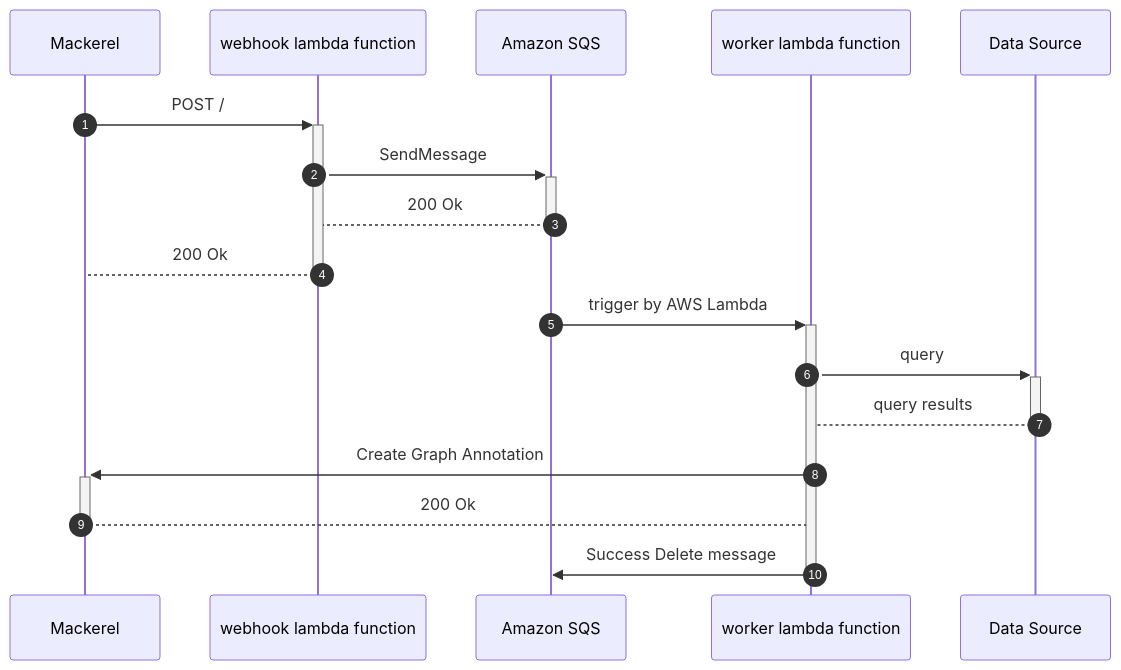
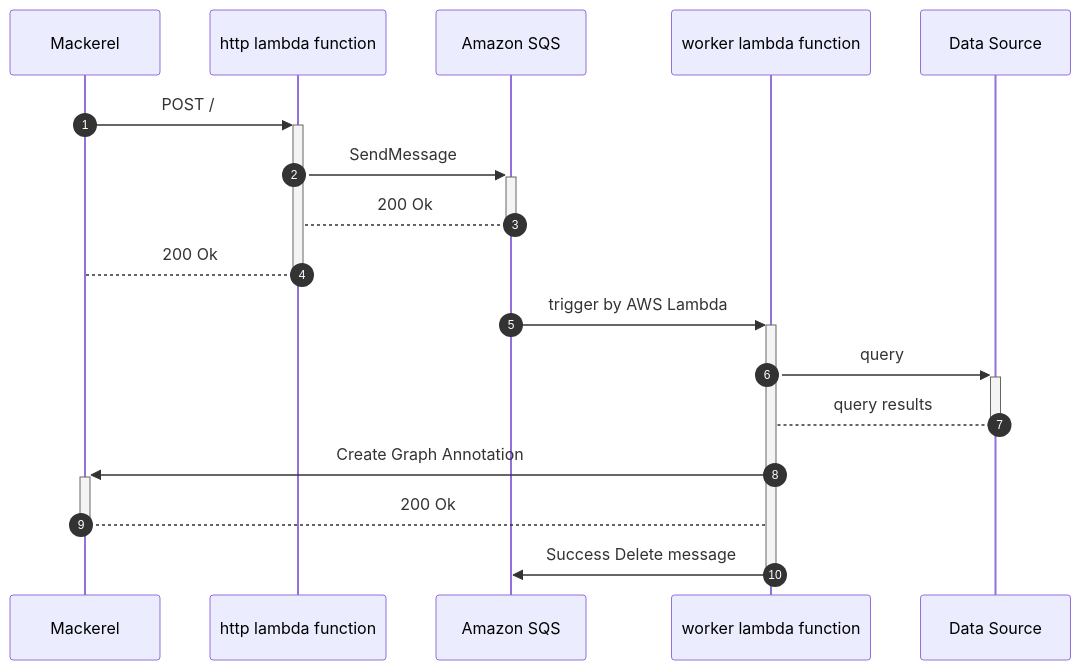
Before and after one commit to mashiike/prepalert: the diagram in README.md, drawn with Mermaid. The commit also changed other lines of this file and 2 other files, not shown here.

Commit message:
change mode webhook to http

````diff
--- a/README.md
+++ b/README.md
@@ -101,14 +101,14 @@
 ```mermaid
 sequenceDiagram
   autonumber
-  Mackerel->>+webhook lambda function : POST /
-  webhook lambda function ->>+Amazon SQS: SendMessage
-  Amazon SQS-->- webhook lambda function: 200 Ok
-  webhook lambda function-->- Mackerel: 200 Ok
+  Mackerel->>+http lambda function : POST /
+  http lambda function ->>+Amazon SQS: SendMessage
+  Amazon SQS-->- http lambda function: 200 Ok
+  http lambda function-->- Mackerel: 200 Ok
   Amazon SQS ->>+ worker lambda function: trigger by AWS Lambda
   worker lambda function ->>+ Data Source: query
   Data Source -->- worker lambda function: query results
   worker lambda function  ->>+ Mackerel: Create Graph Annotation
   Mackerel-->- worker lambda function : 200 Ok
   worker lambda function ->>-  Amazon SQS: Success Delete message
 ```
````
